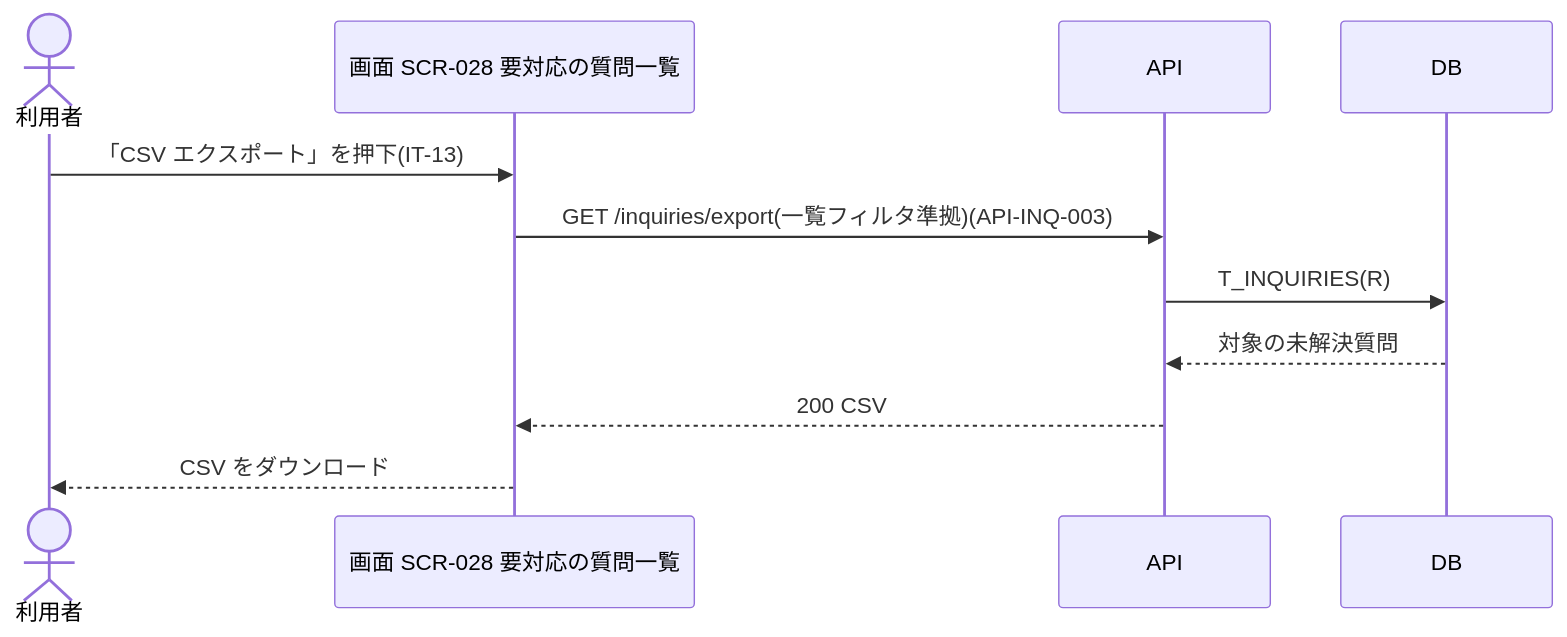
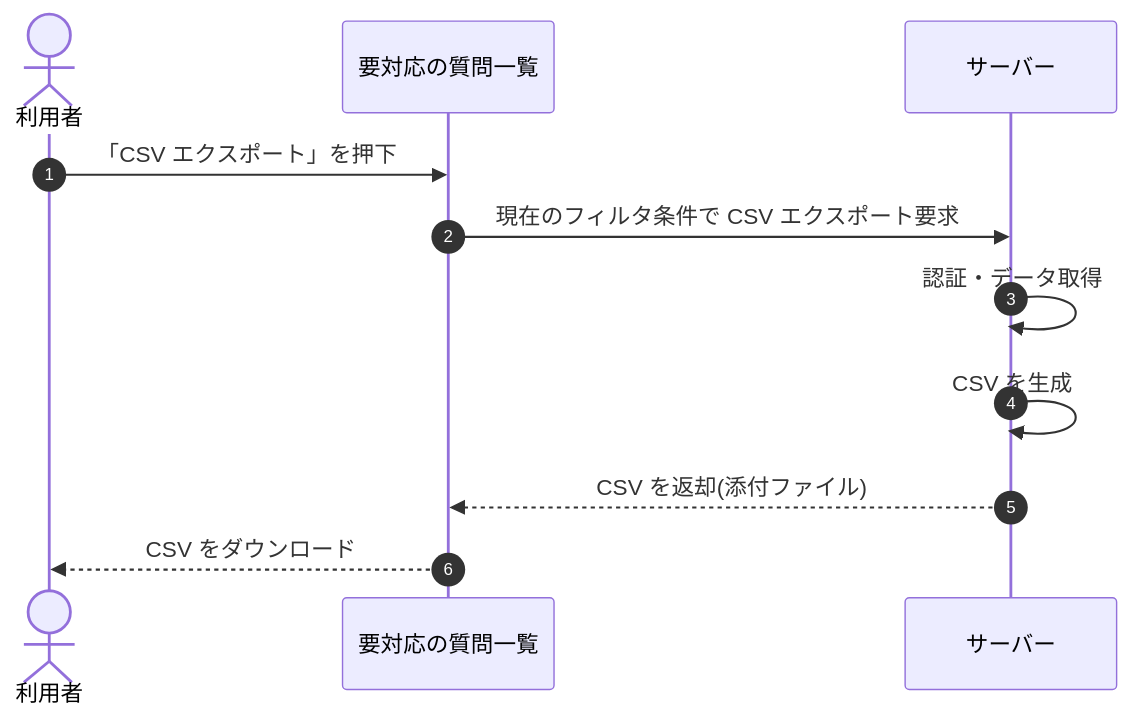
Before and after one commit to sikakou54/open-faq: the diagram in 02_basic_design/05_sequences/SEQ-018.md, drawn with Mermaid. The commit also changed other lines of this file and 108 other files, not shown here.

First line of the commit message:
基本設計: シーケンス図を基本設計粒度(ユーザー/画面/サーバー)へ再編成

````diff
--- a/02_basic_design/05_sequences/SEQ-018.md
+++ b/02_basic_design/05_sequences/SEQ-018.md
@@ -25,13 +32,13 @@
 ```mermaid
 sequenceDiagram
+  autonumber
   actor U as 利用者
-  participant S as 画面 SCR-028 要対応の質問一覧
-  participant API as API
-  participant DB as DB
-  U->>S: 「CSV エクスポート」を押下(IT-13)
-  S->>API: GET /inquiries/export(一覧フィルタ準拠)(API-INQ-003)
-  API->>DB: T_INQUIRIES(R)
-  DB-->>API: 対象の未解決質問
-  API-->>S: 200 CSV
-  S-->>U: CSV をダウンロード
+  participant Screen as 要対応の質問一覧
+  participant Server as サーバー
+  U->>Screen: 「CSV エクスポート」を押下
+  Screen->>Server: 現在のフィルタ条件で CSV エクスポート要求
+  Server->>Server: 認証・データ取得
+  Server->>Server: CSV を生成
+  Server-->>Screen: CSV を返却(添付ファイル)
+  Screen-->>U: CSV をダウンロード
 ```
````
